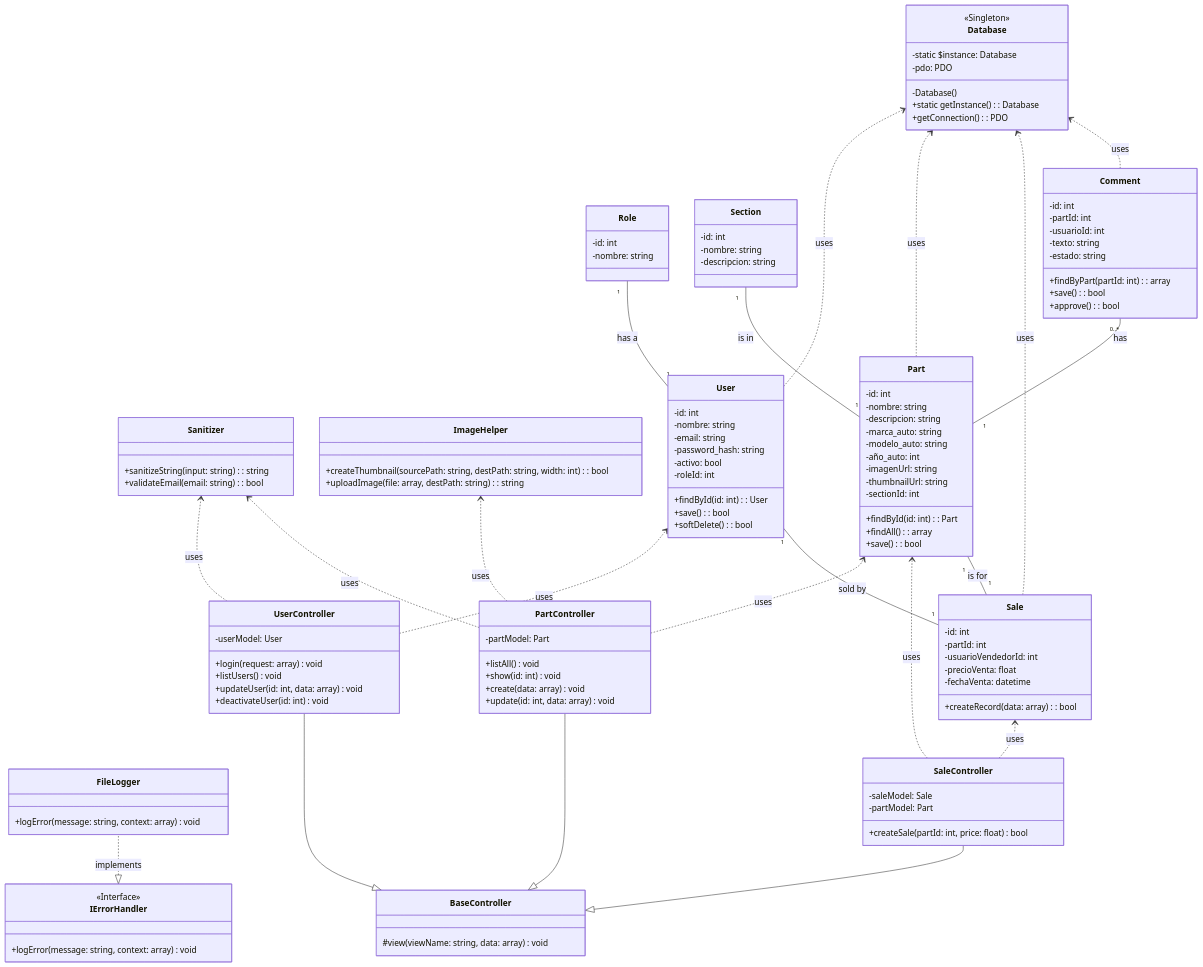
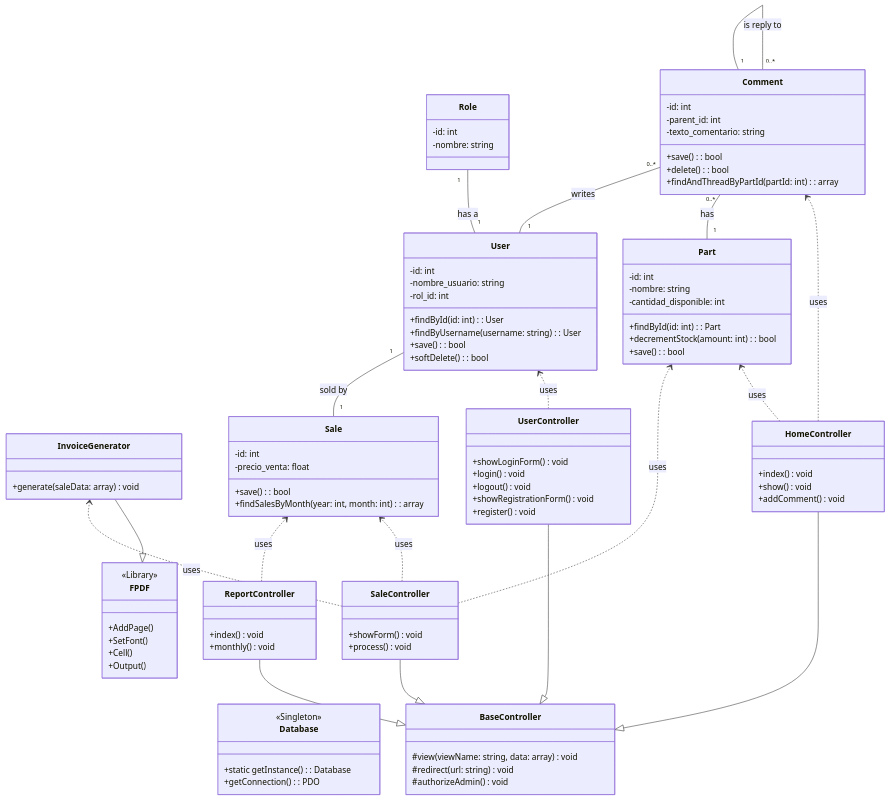
The second of 3 diagrams in documentation/README.md (AnelDRN/SistemaDeInventario), drawn with Mermaid before and after one commit. The commit also changed other lines of this file and 25 other files, not shown here.

````diff
--- a/documentation/README.md
+++ b/documentation/README.md
@@ -80,73 +79,66 @@
 classDiagram
     direction BT
 
-    class IErrorHandler {
-        <<Interface>>
-        +logError(message: string, context: array) void
+    class FPDF {
+        <<Library>>
+        +AddPage()
+        +SetFont()
+        +Cell()
+        +Output()
     }
 
-    class FileLogger {
-        +logError(message: string, context: array) void
+    class InvoiceGenerator {
+        +generate(saleData: array) void
     }
-    IErrorHandler <|.. FileLogger : implements
+    FPDF <|-- InvoiceGenerator
 
     class Database {
         <<Singleton>>
-        -static $instance: Database
-        -pdo: PDO
-        -Database()
         +static getInstance(): Database
         +getConnection(): PDO
     }
 
-    class Sanitizer {
-        +sanitizeString(input: string): string
-        +validateEmail(email: string): bool
+    class BaseController {
+        #view(viewName: string, data: array) void
+        #redirect(url: string) void
+        #authorizeAdmin() void
     }
 
-    class ImageHelper {
-        +createThumbnail(sourcePath: string, destPath: string, width: int): bool
-        +uploadImage(file: array, destPath: string): string
+    class HomeController {
+        +index() void
+        +show() void
+        +addComment() void
     }
-
-    class BaseController {
-        #view(viewName: string, data: array) void
-    }
+    BaseController <|-- HomeController
 
     class UserController {
-        -userModel: User
-        +login(request: array) void
-        +listUsers() void
-        +updateUser(id: int, data: array) void
-        +deactivateUser(id: int) void
+        +showLoginForm() void
+        +login() void
+        +logout() void
+        +showRegistrationForm() void
+        +register() void
     }
     BaseController <|-- UserController
 
-    class PartController {
-        -partModel: Part
-        +listAll() void
-        +show(id: int) void
-        +create(data: array) void
-        +update(id: int, data: array) void
-    }
-    BaseController <|-- PartController
-
     class SaleController {
-        -saleModel: Sale
-        -partModel: Part
-        +createSale(partId: int, price: float) bool
+        +showForm() void
+        +process() void
     }
     BaseController <|-- SaleController
+
+    class ReportController {
+        +index() void
+        +monthly() void
+    }
+    BaseController <|-- ReportController
 
 
     class User {
         -id: int
-        -nombre: string
-        -email: string
-        -password_hash: string
-        -activo: bool
-        -roleId: int
+        -nombre_usuario: string
+        -rol_id: int
         +findById(id: int): User
+        +findByUsername(username: string): User
         +save(): bool
         +softDelete(): bool
     }
@@ -159,63 +151,40 @@
     class Part {
         -id: int
         -nombre: string
-        -descripcion: string
-        -marca_auto: string
-        -modelo_auto: string
-        -año_auto: int
-        -imagenUrl: string
-        -thumbnailUrl: string
-        -sectionId: int
+        -cantidad_disponible: int
         +findById(id: int): Part
-        +findAll(): array
+        +decrementStock(amount: int): bool
         +save(): bool
-    }
-
-    class Section {
-        -id: int
-        -nombre: string
-        -descripcion: string
     }
 
     class Sale {
         -id: int
-        -partId: int
-        -usuarioVendedorId: int
-        -precioVenta: float
-        -fechaVenta: datetime
-        +createRecord(data: array): bool
+        -precio_venta: float
+        +save(): bool
+        +findSalesByMonth(year: int, month: int): array
     }
 
     class Comment {
         -id: int
-        -partId: int
-        -usuarioId: int
-        -texto: string
-        -estado: string
-        +findByPart(partId: int): array
+        -parent_id: int
+        -texto_comentario: string
         +save(): bool
-        +approve(): bool
+        +delete(): bool
+        +findAndThreadByPartId(partId: int): array
     }
 
     %% Relationships
+    HomeController ..> Part : uses
+    HomeController ..> Comment : uses
+    SaleController ..> Part : uses
+    SaleController ..> Sale : uses
+    SaleController ..> InvoiceGenerator : uses
+    ReportController ..> Sale : uses
     UserController ..> User : uses
-    PartController ..> Part : uses
-    SaleController ..> Sale : uses
-    SaleController ..> Part : uses
-
+    
+    Comment "0..*" -- "1" Comment : is reply to
     User "1" -- "1" Role : has a
-    Part "1" -- "1" Section : is in
     Part "1" -- "0..*" Comment : has
+    User "1" -- "0..*" Comment : writes
     Sale "1" -- "1" User : sold by
-    Sale "1" -- "1" Part : is for
-
-    %% Helpers and Core
-    UserController ..> Sanitizer : uses
-    PartController ..> Sanitizer : uses
-    PartController ..> ImageHelper : uses
-    
-    User ..> Database : uses
-    Part ..> Database : uses
-    Sale ..> Database : uses
-    Comment ..> Database : uses
 ```
````
